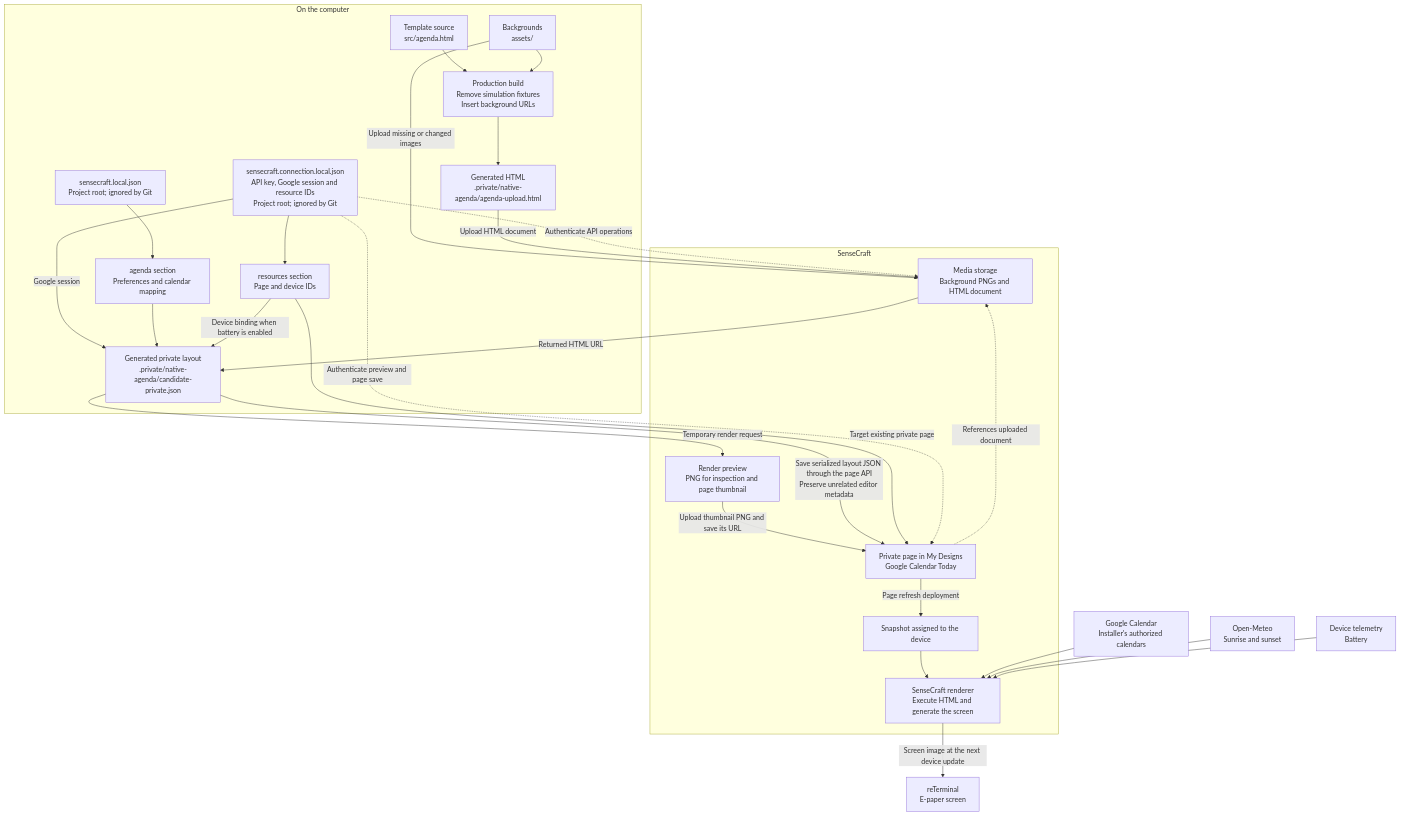
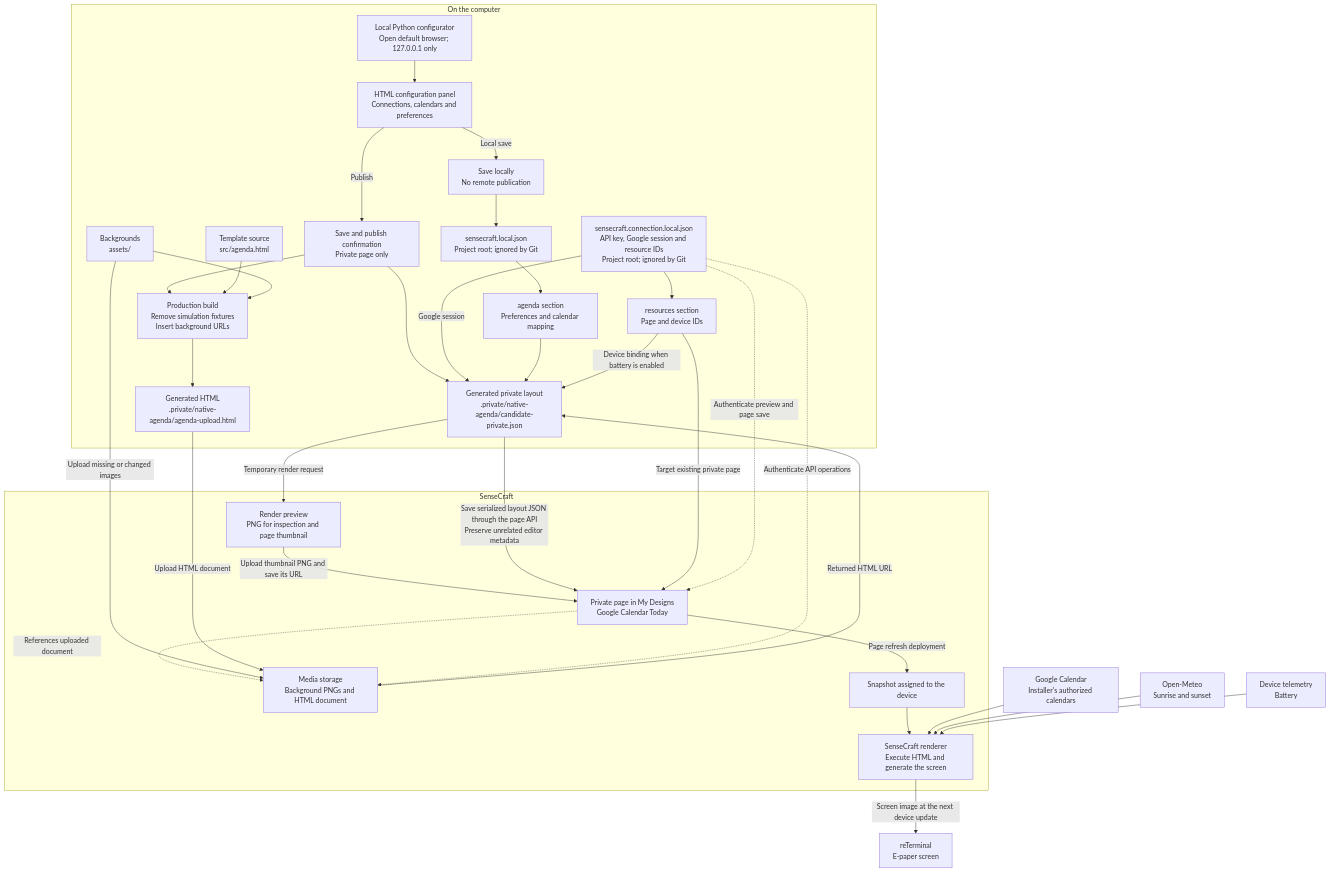
The diagram in docs/sensecraft-private-publication.md (marcomc/reTerminal), drawn with Mermaid before and after one commit. The commit also changed other lines of this file and 34 other files, not shown here.

First line of the commit message:
Add local Google Calendar Today configurator

````diff
--- a/docs/sensecraft-private-publication.md
+++ b/docs/sensecraft-private-publication.md
@@ -20,58 +20,68 @@
 ```mermaid
 flowchart TD
     accTitle: Private SenseCraft publication
     accDescr: Local sources and ignored configuration produce uploaded media and a private account page, which SenseCraft renders for the device.
 
     subgraph PC["On the computer"]
+        APP["Local Python configurator<br/>Open default browser; 127.0.0.1 only"]
+        FORM["HTML configuration panel<br/>Connections, calendars and preferences"]
+        SAVE["Save locally<br/>No remote publication"]
+        CONFIRM["Save and publish confirmation<br/>Private page only"]
+        APP --> FORM
+        FORM -->|"Local save"| SAVE
+        SAVE --> LOCAL
+        FORM -->|"Publish"| CONFIRM
+        CONFIRM --> BUILD
+        CONFIRM --> LAYOUT
         SRC["Template source<br/>src/agenda.html"]
         ART["Backgrounds<br/>assets/"]
         ENV["sensecraft.connection.local.json<br/>API key, Google session and resource IDs<br/>Project root; ignored by Git"]
         LOCAL["sensecraft.local.json<br/>Project root; ignored by Git"]
         CFG["agenda section<br/>Preferences and calendar mapping"]
         IDS["resources section<br/>Page and device IDs"]
         BUILD["Production build<br/>Remove simulation fixtures<br/>Insert background URLs"]
         HTML["Generated HTML<br/>.private/native-agenda/agenda-upload.html"]
         LAYOUT["Generated private layout<br/>.private/native-agenda/candidate-private.json"]
 
         LOCAL --> CFG
         ENV --> IDS
         ENV -->|"Google session"| LAYOUT
         SRC --> BUILD
         ART --> BUILD
         BUILD --> HTML
         CFG --> LAYOUT
         IDS -->|"Device binding when battery is enabled"| LAYOUT
     end
 
     subgraph CLOUD["SenseCraft"]
         MEDIA["Media storage<br/>Background PNGs and HTML document"]
         PREVIEW["Render preview<br/>PNG for inspection and page thumbnail"]
         PAGE["Private page in My Designs<br/>Google Calendar Today"]
         SNAP["Snapshot assigned to the device"]
         RENDER["SenseCraft renderer<br/>Execute HTML and generate the screen"]
 
         PAGE -->|"Page refresh deployment"| SNAP
         SNAP --> RENDER
         PAGE -.->|"References uploaded document"| MEDIA
     end
 
     ART -->|"Upload missing or changed images"| MEDIA
     HTML -->|"Upload HTML document"| MEDIA
     MEDIA -->|"Returned HTML URL"| LAYOUT
     LAYOUT -->|"Temporary render request"| PREVIEW
     PREVIEW -->|"Upload thumbnail PNG and save its URL"| PAGE
     LAYOUT -->|"Save serialized layout JSON through the page API<br/>Preserve unrelated editor metadata"| PAGE
     IDS -->|"Target existing private page"| PAGE
     ENV -.->|"Authenticate API operations"| MEDIA
     ENV -.->|"Authenticate preview and page save"| PAGE
 
     GOOGLE["Google Calendar<br/>Installer's authorized calendars"]
     WEATHER["Open-Meteo<br/>Sunrise and sunset"]
     BAT["Device telemetry<br/>Battery"]
     DISPLAY["reTerminal<br/>E-paper screen"]
 
     GOOGLE --> RENDER
     WEATHER --> RENDER
     BAT --> RENDER
     RENDER -->|"Screen image at the next device update"| DISPLAY
 ```
````
